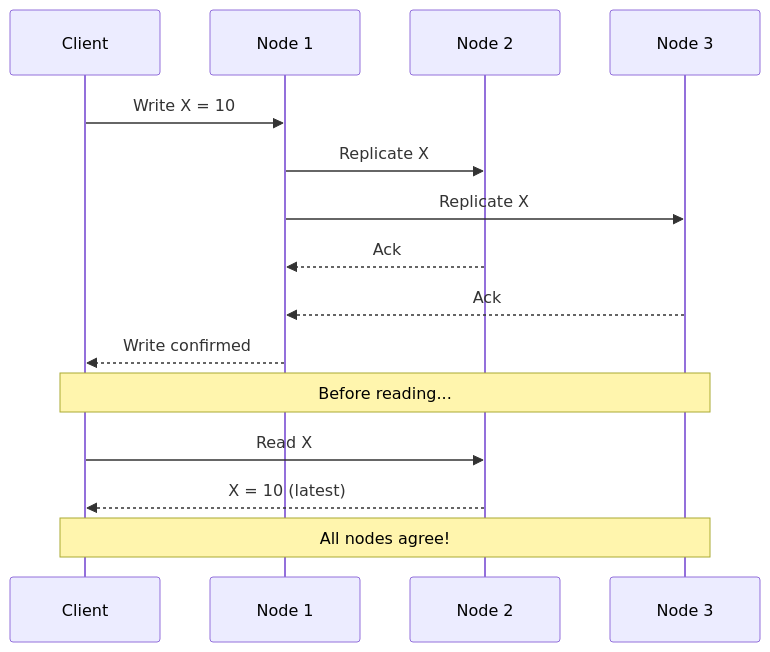
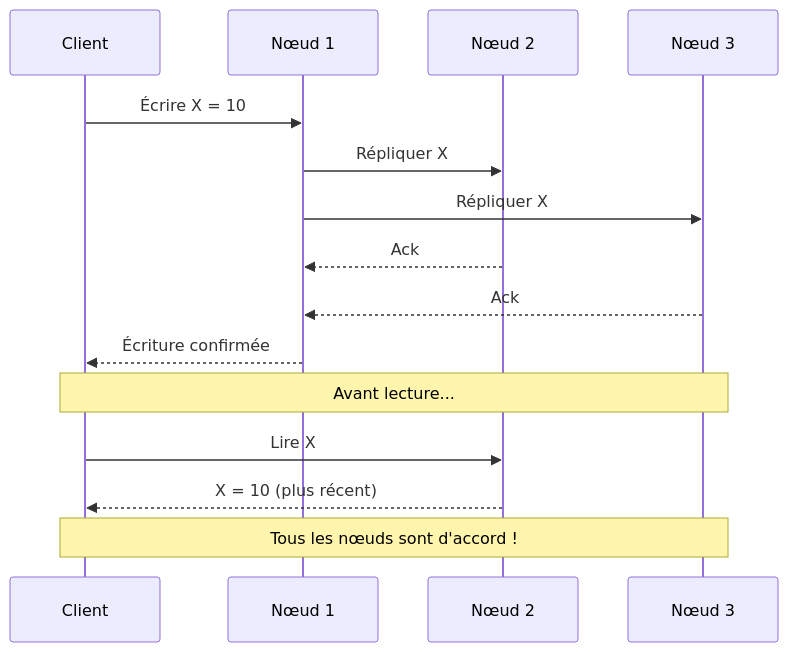
Before and after one commit to dardourimohamed/distributed-systems-course: the second of 12 diagrams in src/data-store/02-cap-theorem.md, drawn with Mermaid. The commit also changed other lines of this file and 38 other files, not shown here.

````diff
--- a/src/data-store/02-cap-theorem.md
+++ b/src/data-store/02-cap-theorem.md
@@ -41,21 +41,21 @@
 ```mermaid
 sequenceDiagram
     participant C as Client
-    participant N1 as Node 1
-    participant N2 as Node 2
-    participant N3 as Node 3
+    participant N1 as Nœud 1
+    participant N2 as Nœud 2
+    participant N3 as Nœud 3
 
-    C->>N1: Write X = 10
-    N1->>N2: Replicate X
-    N1->>N3: Replicate X
+    C->>N1: Écrire X = 10
+    N1->>N2: Répliquer X
+    N1->>N3: Répliquer X
     N2-->>N1: Ack
     N3-->>N1: Ack
-    N1-->>C: Write confirmed
+    N1-->>C: Écriture confirmée
 
-    Note over C,N3: Before reading...
+    Note over C,N3: Avant lecture...
 
-    C->>N2: Read X
-    N2-->>C: X = 10 (latest)
+    C->>N2: Lire X
+    N2-->>C: X = 10 (plus récent)
 
-    Note over C,N3: All nodes agree!
+    Note over C,N3: Tous les nœuds sont d'accord !
 ```
````
